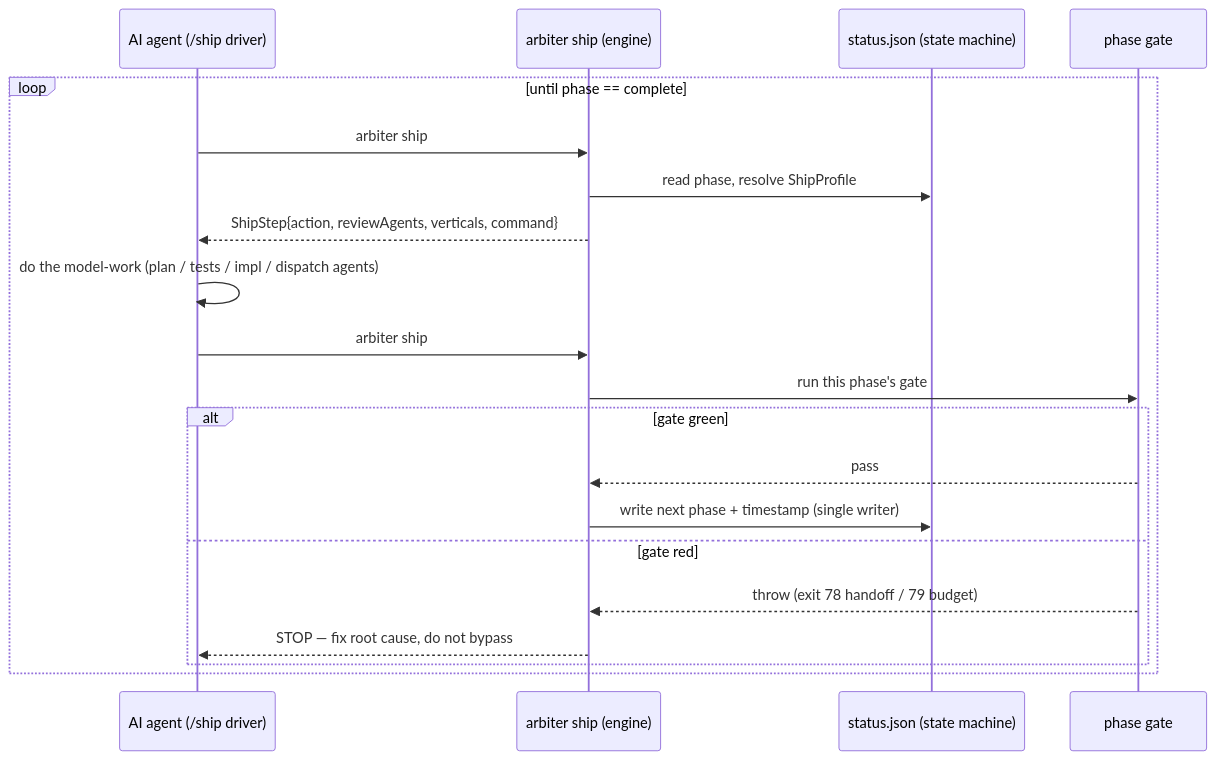
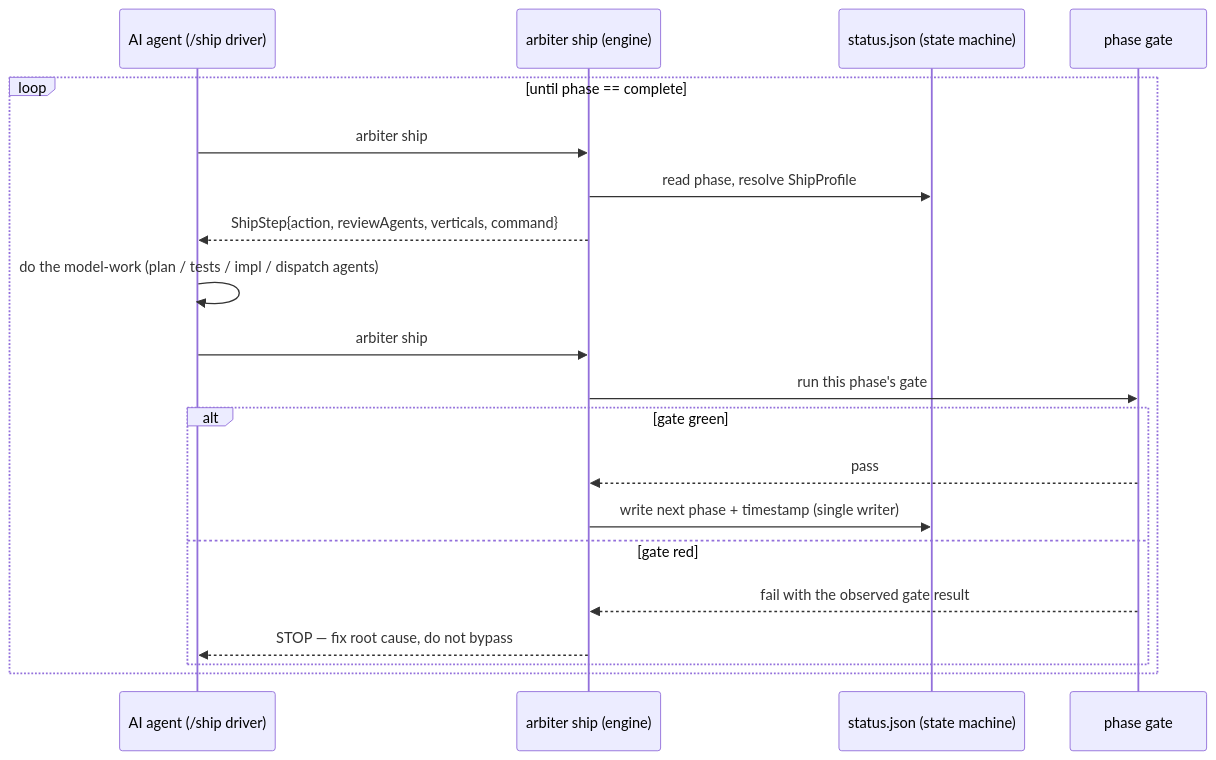
Before and after one commit to LucaDominici/arbiter: the diagram in docs/architecture/arc42.md, drawn with Mermaid. The commit also changed other lines of this file and 217 other files, not shown here.

First line of the commit message:
refactor(ship): enforce one result-first delivery contract (#2724)

````diff
--- a/docs/architecture/arc42.md
+++ b/docs/architecture/arc42.md
@@ -271,23 +271,23 @@
 ```mermaid
 sequenceDiagram
     participant A as AI agent (/ship driver)
     participant E as arbiter ship (engine)
     participant S as status.json (state machine)
     participant G as phase gate
 
     loop until phase == complete
         A->>E: arbiter ship #NNN --tier T
         E->>S: read phase, resolve ShipProfile
         E-->>A: ShipStep{action, reviewAgents, verticals, command}
         A->>A: do the model-work (plan / tests / impl / dispatch agents)
-        A->>E: arbiter ship #NNN --advance [--units N]
+        A->>E: arbiter ship #NNN --advance
         E->>G: run this phase's gate
         alt gate green
             G-->>E: pass
             E->>S: write next phase + timestamp (single writer)
         else gate red
-            G-->>E: throw (exit 78 handoff / 79 budget)
+            G-->>E: fail with the observed gate result
             E-->>A: STOP — fix root cause, do not bypass
         end
     end
 ```
````
